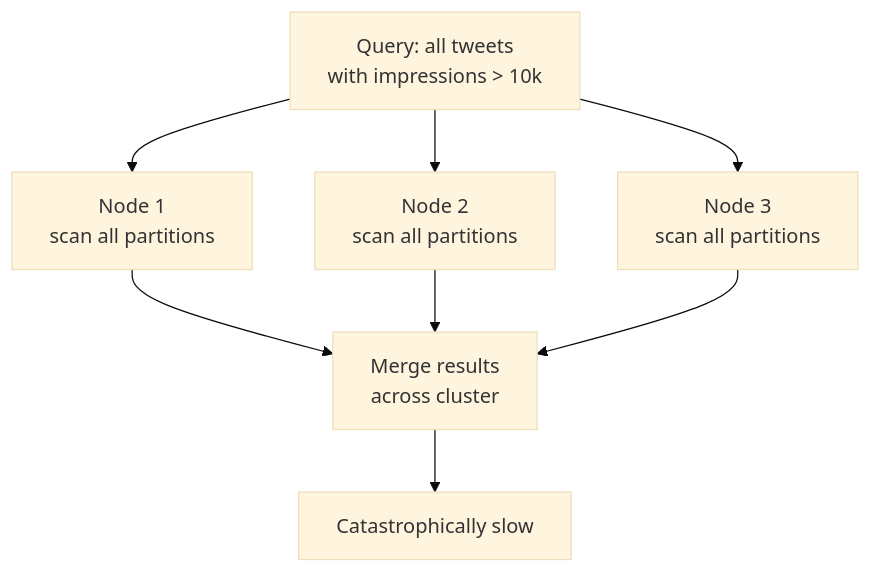
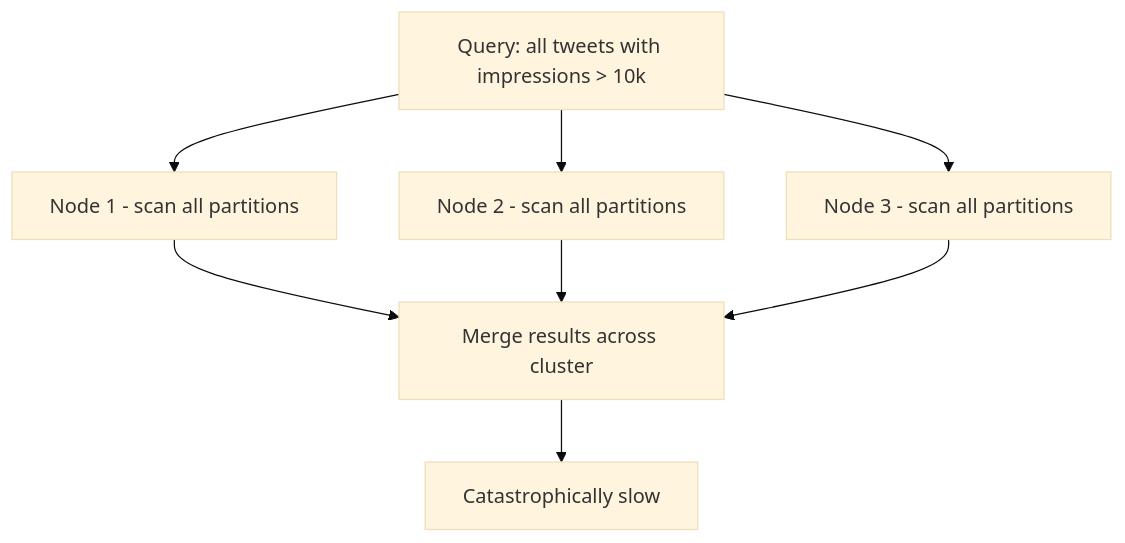
Before and after one commit to Dummy-Bug/system-design-handbook: the first of 2 diagrams in System Design/06-Storage-and-Databases/11-Column-Family/05-When-To-Use.md, drawn with Mermaid (base theme). The commit also changed other lines of this file and 30 other files, not shown here.

````diff
--- a/System Design/06-Storage-and-Databases/11-Column-Family/05-When-To-Use.md
+++ b/System Design/06-Storage-and-Databases/11-Column-Family/05-When-To-Use.md
@@ -68,10 +68,10 @@
 ```mermaid
 flowchart TD
-    Q["Query: all tweets\nwith impressions > 10k"] --> N1["Node 1\nscan all partitions"]
-    Q --> N2["Node 2\nscan all partitions"]
-    Q --> N3["Node 3\nscan all partitions"]
-    N1 --> R["Merge results\nacross cluster"]
+    Q["Query: all tweets with impressions > 10k"] --> N1["Node 1 - scan all partitions"]
+    Q --> N2["Node 2 - scan all partitions"]
+    Q --> N3["Node 3 - scan all partitions"]
+    N1 --> R["Merge results across cluster"]
     N2 --> R
     N3 --> R
     R --> SLOW["Catastrophically slow"]
 ```
````
